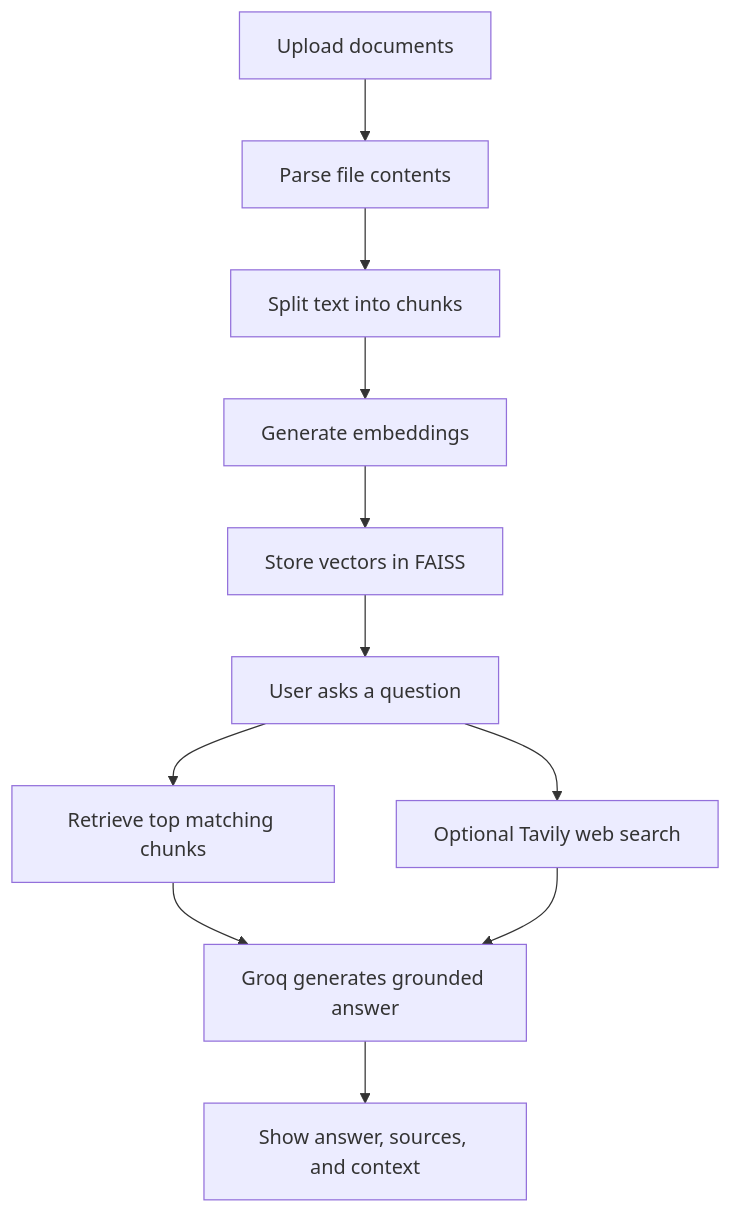
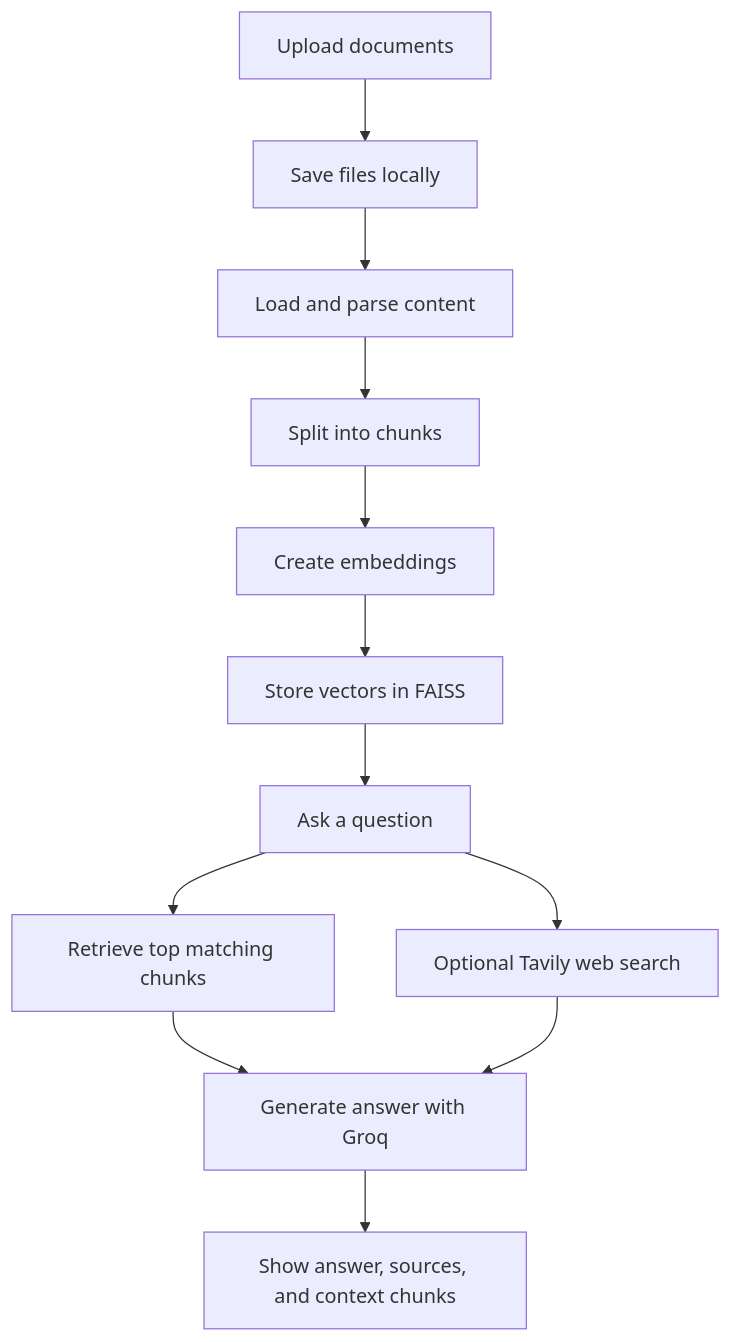
Before and after one commit to sharmanitin20/RAG-app-with-tavily-ai-search-: the diagram in README.md, drawn with Mermaid. The commit also changed other lines of this file and 4 other files, not shown here.

````diff
--- a/README.md
+++ b/README.md
@@ -62,13 +60,14 @@
 ```mermaid
 flowchart TD
-    A["Upload documents"] --> B["Parse file contents"]
-    B --> C["Split text into chunks"]
-    C --> D["Generate embeddings"]
-    D --> E["Store vectors in FAISS"]
-    E --> F["User asks a question"]
-    F --> G["Retrieve top matching chunks"]
-    G --> H["Groq generates grounded answer"]
-    H --> I["Show answer, sources, and context"]
-    F --> J["Optional Tavily web search"]
-    J --> H
+    A[Upload documents] --> B[Save files locally]
+    B --> C[Load and parse content]
+    C --> D[Split into chunks]
+    D --> E[Create embeddings]
+    E --> F[Store vectors in FAISS]
+    F --> G[Ask a question]
+    G --> H[Retrieve top matching chunks]
+    H --> I[Generate answer with Groq]
+    I --> J[Show answer, sources, and context chunks]
+    G --> K[Optional Tavily web search]
+    K --> I
 ```
````
